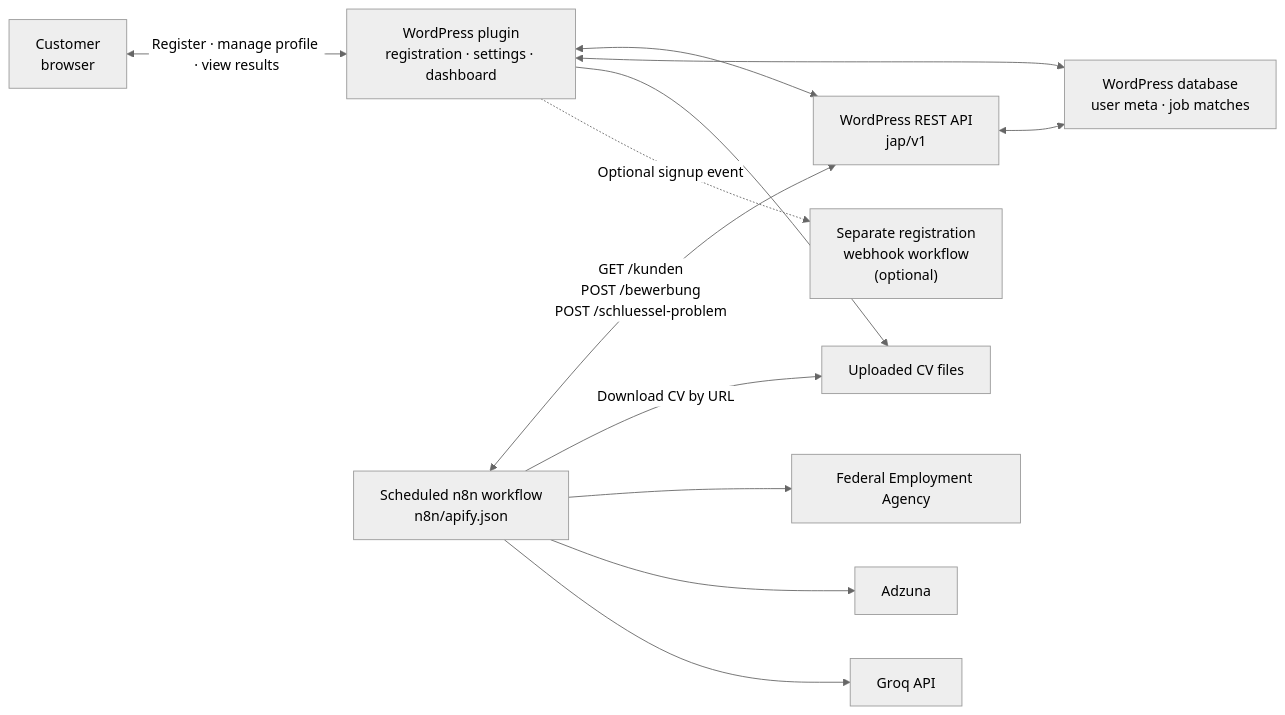
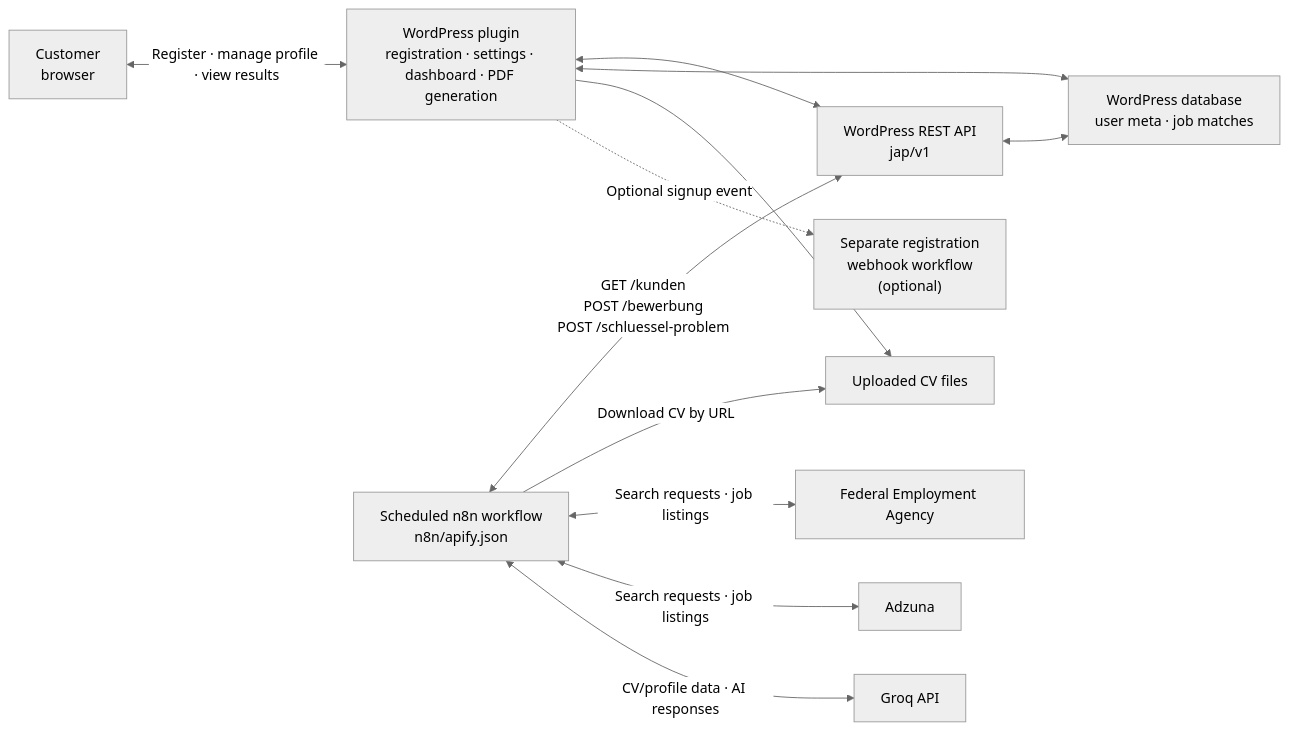
One commit to 3mothman/auto-job-search changed the diagram in README.md. Above: the diagram before and after it, drawn with Mermaid (neutral theme).

Commit message:
docs: clarify external service data flows

````diff
--- a/README.md
+++ b/README.md
@@ -17,25 +17,25 @@
 ```mermaid
 flowchart LR
     Customer["Customer<br/>browser"]
-    Portal["WordPress plugin<br/>registration · settings · dashboard"]
+    Portal["WordPress plugin<br/>registration · settings · dashboard · PDF generation"]
     DB["WordPress database<br/>user meta · job matches"]
     REST["WordPress REST API<br/>jap/v1"]
     N8N["Scheduled n8n workflow<br/>n8n/apify.json"]
     CV["Uploaded CV files"]
     BA["Federal Employment Agency"]
     ADZ["Adzuna"]
     Groq["Groq API"]
     Hook["Separate registration<br/>webhook workflow<br/>(optional)"]
 
     Customer <-->|"Register · manage profile · view results"| Portal
     Portal <--> REST
     Portal <--> DB
     Portal --> CV
     N8N <-->|"GET /kunden<br/>POST /bewerbung<br/>POST /schluessel-problem"| REST
     REST <--> DB
     N8N -->|"Download CV by URL"| CV
-    N8N --> BA
-    N8N --> ADZ
-    N8N --> Groq
+    N8N <-->|"Search requests · job listings"| BA
+    N8N <-->|"Search requests · job listings"| ADZ
+    N8N <-->|"CV/profile data · AI responses"| Groq
     Portal -.->|"Optional signup event"| Hook
 ```
````
